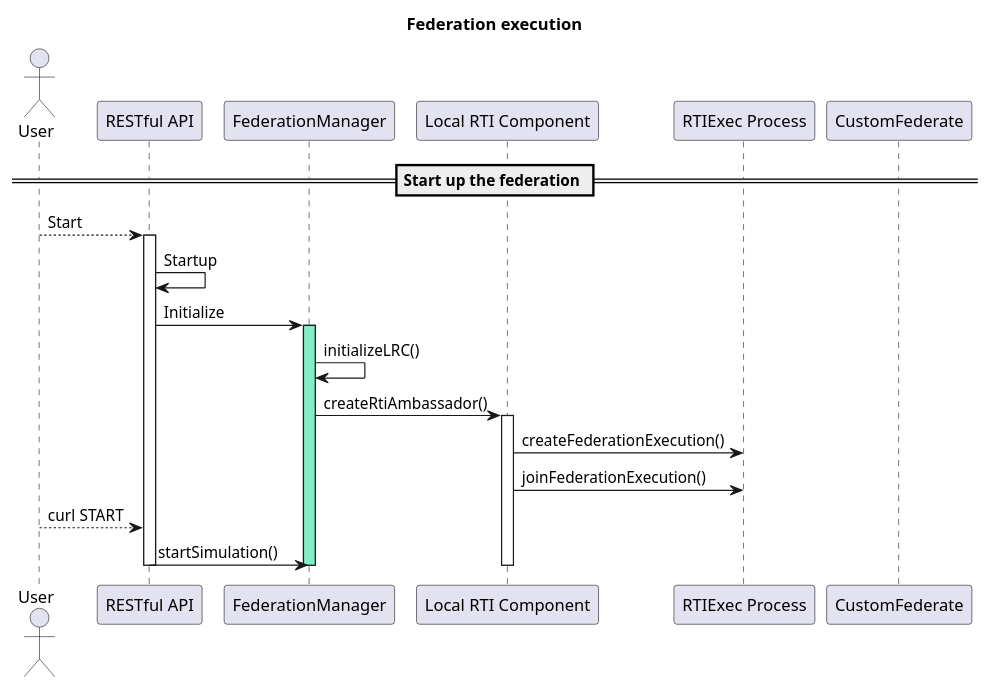
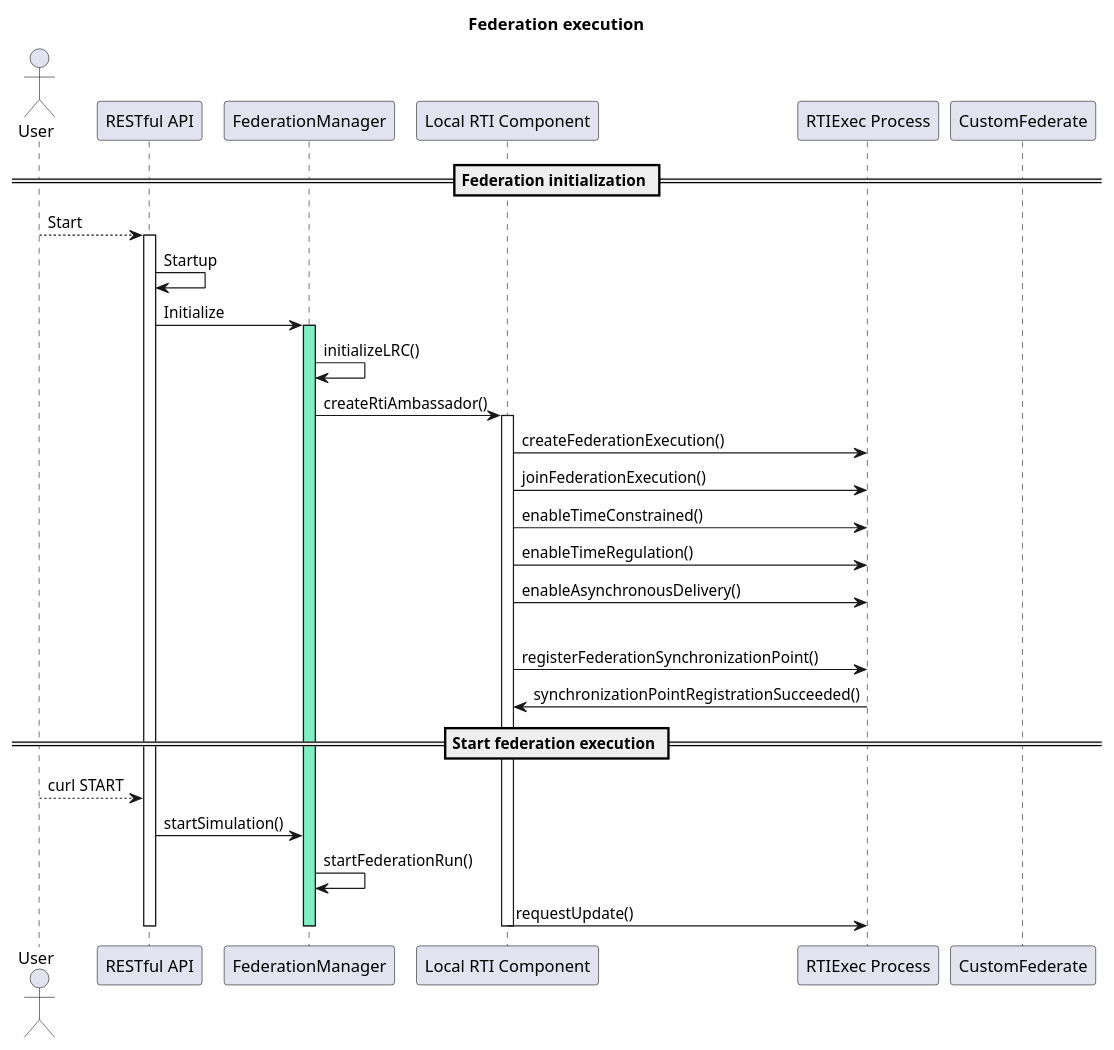
Before and after one commit to SimIntToolkit/cpswt-core: the diagram in docs/federationExecution.plantuml, drawn with PlantUML. The commit also changed 2 other files, not shown here.

```diff
--- a/docs/federationExecution.plantuml
+++ b/docs/federationExecution.plantuml
@@ -1,33 +1,42 @@
 @startuml
 
 title "Federation execution"
 
 actor User
 participant "RESTful API" as REST
 participant "FederationManager" as FM
 participant "Local RTI Component" as LRC
 participant "RTIExec Process" as RTI
 participant "CustomFederate" as Fed
 
-== Start up the federation ==
+== Federation initialization ==
 
 User --> REST : Start
 activate REST
 REST -> REST : Startup
 REST -> FM : Initialize
 activate FM #81EEC5
 FM -> FM : initializeLRC()
 FM -> LRC : createRtiAmbassador()
 activate LRC
 LRC -> RTI : createFederationExecution()
 LRC -> RTI : joinFederationExecution()
+LRC -> RTI : enableTimeConstrained()
+LRC -> RTI : enableTimeRegulation()
+LRC -> RTI : enableAsynchronousDelivery()
+|||
+LRC -> RTI : registerFederationSynchronizationPoint()
+RTI -> LRC : synchronizationPointRegistrationSucceeded()
+
+== Start federation execution ==
 
 User --> REST : curl START
 REST -> FM: startSimulation()
-
+FM -> FM : startFederationRun()
+LRC -> RTI : requestUpdate()
 
 deactivate LRC
 deactivate FM
 deactivate REST
 
 @enduml
```
